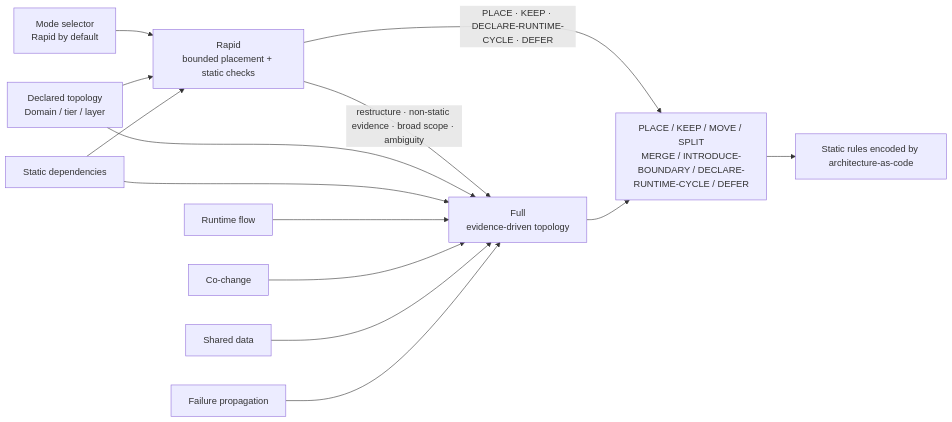
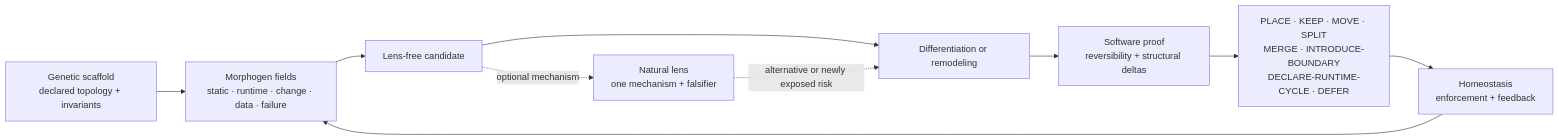
The third of 3 diagrams in README.md (l-gevity/l-gevity-skills), drawn with Mermaid before and after one commit. The commit also changed other lines of this file, not shown here.

````diff
--- a/README.md
+++ b/README.md
@@ -168,28 +102,16 @@
 ```mermaid
 flowchart LR
-    Selector["Mode selector<br/>Rapid by default"]
-    Rapid["Rapid<br/>bounded placement + static checks"]
-    Full["Full<br/>evidence-driven topology"]
-    Declared["Declared topology<br/>Domain / tier / layer"]
-    Static["Static dependencies"]
-    Runtime["Runtime flow"]
-    Change["Co-change"]
-    Data["Shared data"]
-    Failure["Failure propagation"]
-    Decision["PLACE / KEEP / MOVE / SPLIT<br/>MERGE / INTRODUCE-BOUNDARY / DECLARE-RUNTIME-CYCLE / DEFER"]
-    Enforcement["Static rules encoded by architecture-as-code"]
+    Scaffold["Genetic scaffold<br/>declared topology + invariants"]
+    Fields["Morphogen fields<br/>static · runtime · change · data · failure"]
+    Baseline["Lens-free candidate"]
+    Lens["Natural lens<br/>one mechanism + falsifier"]
+    Evolution["Differentiation or remodeling"]
+    Proof["Software proof<br/>reversibility + structural deltas"]
+    Decision["PLACE · KEEP · MOVE · SPLIT<br/>MERGE · INTRODUCE-BOUNDARY<br/>DECLARE-RUNTIME-CYCLE · DEFER"]
+    Homeostasis["Homeostasis<br/>enforcement + feedback"]
 
-    Selector --> Rapid
-    Declared --> Rapid
-    Static --> Rapid
-    Rapid -->|"PLACE · KEEP · DECLARE-RUNTIME-CYCLE · DEFER"| Decision
-    Rapid -->|"restructure · non-static evidence · broad scope · ambiguity"| Full
-    Declared --> Full
-    Static --> Full
-    Runtime --> Full
-    Change --> Full
-    Data --> Full
-    Failure --> Full
-    Full --> Decision
-    Decision --> Enforcement
+    Scaffold --> Fields --> Baseline --> Evolution --> Proof --> Decision --> Homeostasis
+    Baseline -. "optional mechanism" .-> Lens
+    Lens -. "alternative or newly exposed risk" .-> Evolution
+    Homeostasis --> Fields
 ```
````
